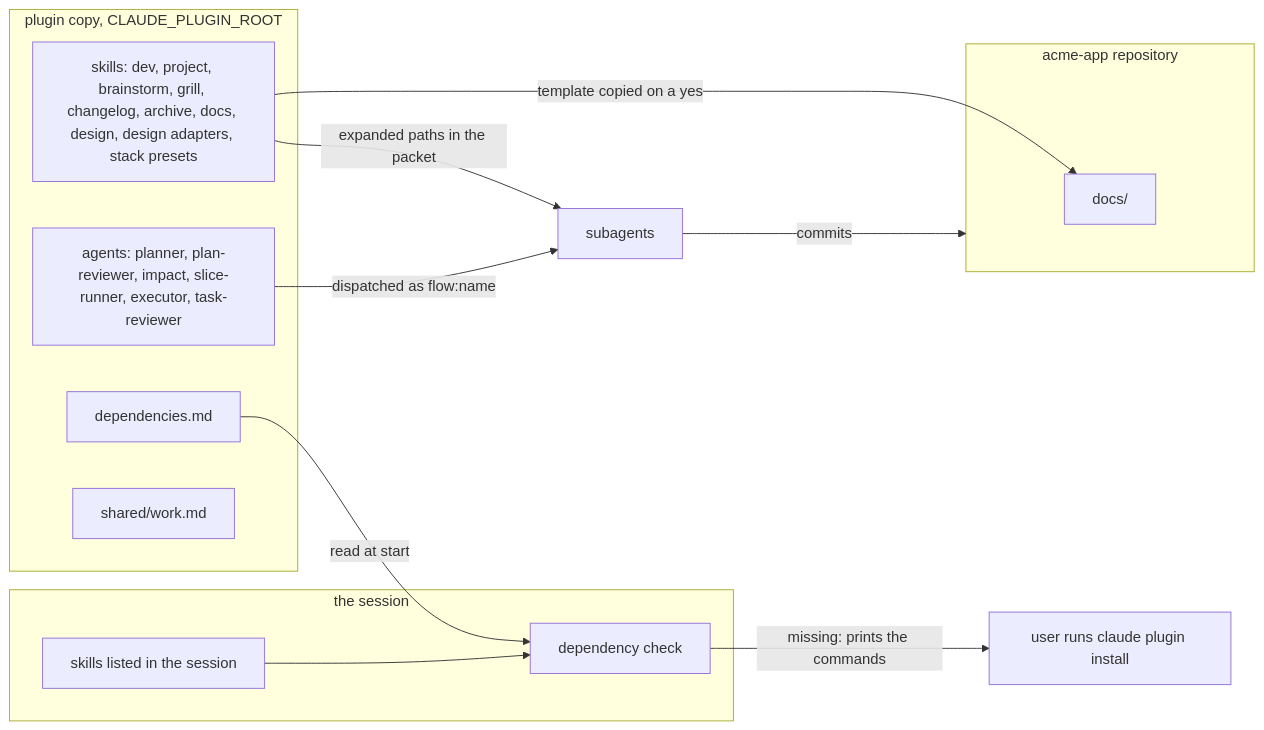
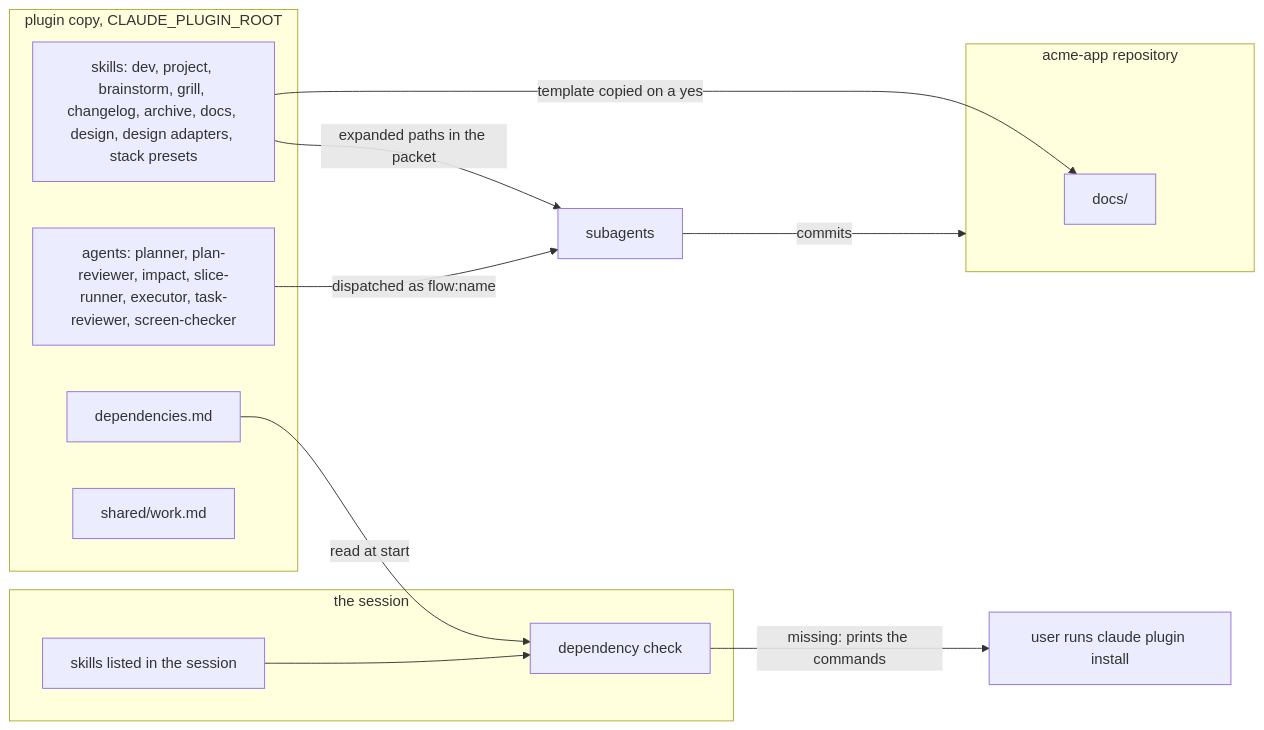
The fourth of 4 diagrams in docs/architecture.md (spleenteo/devflow), drawn with Mermaid before and after one commit. The commit also changed other lines of this file, not shown here.

Commit message:
Mention the screen checker in the architecture

````diff
--- a/docs/architecture.md
+++ b/docs/architecture.md
@@ -210,23 +210,23 @@
 ```mermaid
 flowchart LR
   subgraph plugin["plugin copy, CLAUDE_PLUGIN_ROOT"]
     deplist["dependencies.md"]
-    agentdir["agents: planner, plan-reviewer, impact, slice-runner, executor, task-reviewer"]
+    agentdir["agents: planner, plan-reviewer, impact, slice-runner, executor, task-reviewer, screen-checker"]
     skilldir["skills: dev, project, brainstorm, grill, changelog, archive, docs, design, design adapters, stack presets"]
     shared["shared/work.md"]
   end
   subgraph session["the session"]
     listed["skills listed in the session"]
     check["dependency check"]
   end
   subgraph repo["acme-app repository"]
     docs["docs/"]
   end
   deplist -->|"read at start"| check
   listed --> check
   check -->|"missing: prints the commands"| usr["user runs claude plugin install"]
   skilldir -->|"template copied on a yes"| docs
   skilldir -->|"expanded paths in the packet"| agents["subagents"]
   agentdir -->|"dispatched as flow:name"| agents
   agents -->|"commits"| repo
 ```
````
